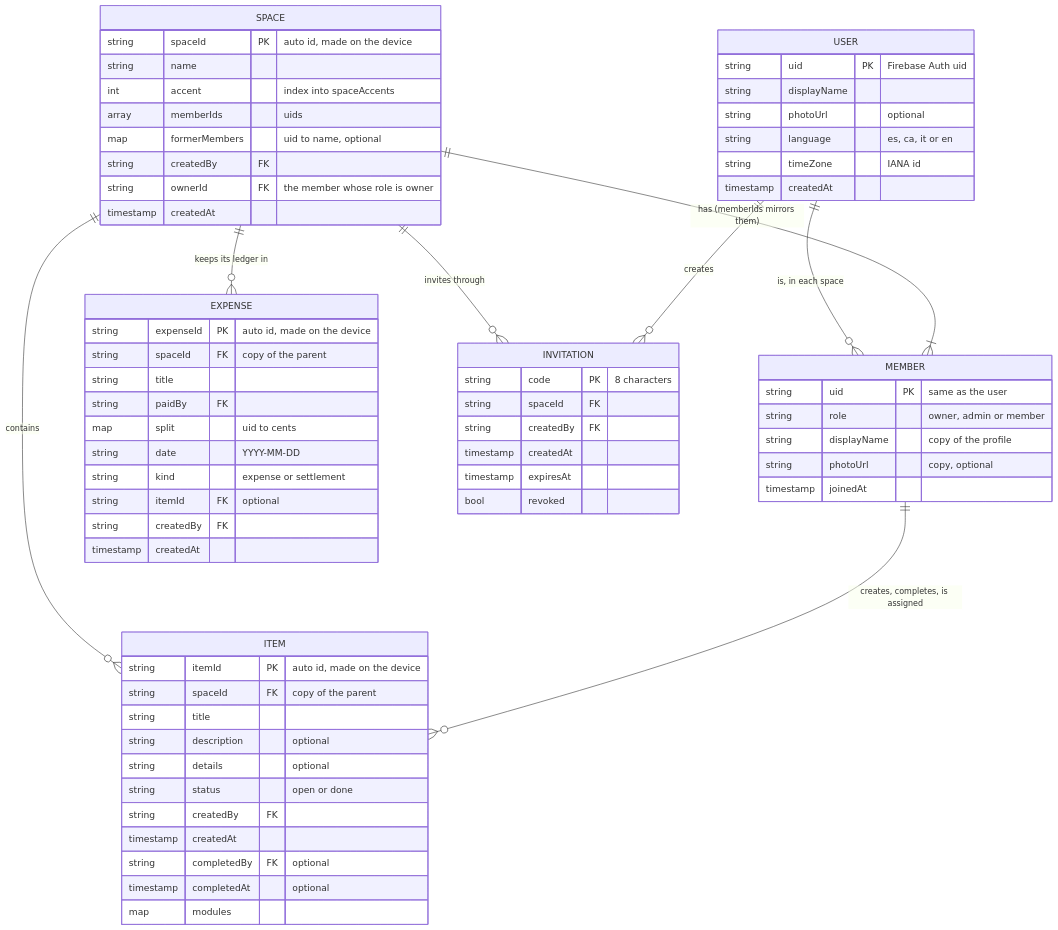
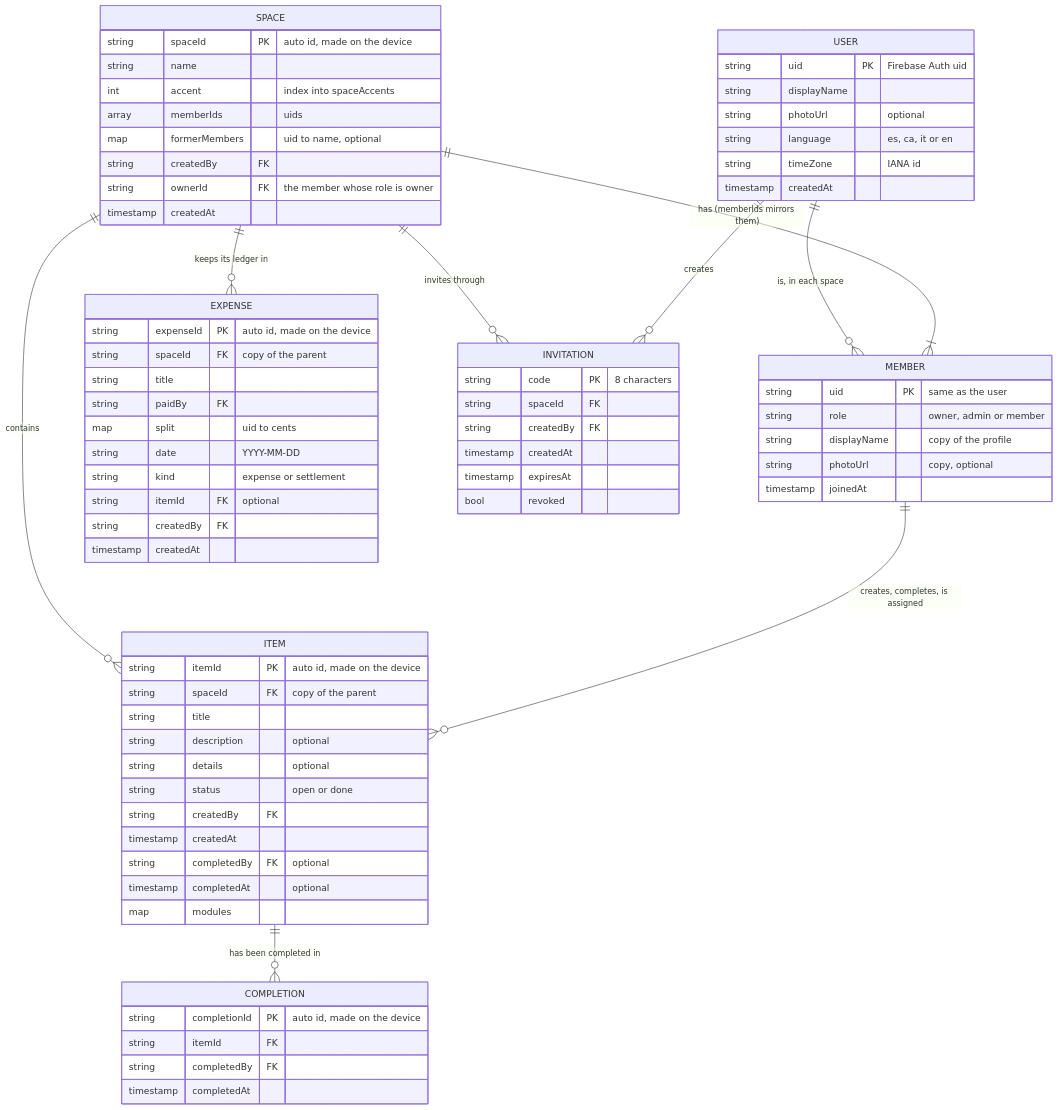
Before and after one commit to Erkko68/orbit: the diagram in docs/data/firestore-schema.md, drawn with Mermaid. The commit also changed other lines of this file and 55 other files, not shown here.

First line of the commit message:
feat(items): keep a history of who completed an item (#257)

````diff
--- a/docs/data/firestore-schema.md
+++ b/docs/data/firestore-schema.md
@@ -7,69 +7,76 @@
 ```mermaid
 erDiagram
     USER ||--o{ MEMBER : "is, in each space"
     SPACE ||--|{ MEMBER : "has (memberIds mirrors them)"
     SPACE ||--o{ ITEM : contains
     SPACE ||--o{ EXPENSE : "keeps its ledger in"
+    ITEM ||--o{ COMPLETION : "has been completed in"
     SPACE ||--o{ INVITATION : "invites through"
     USER ||--o{ INVITATION : creates
     MEMBER ||--o{ ITEM : "creates, completes, is assigned"
 
     USER {
         string uid PK "Firebase Auth uid"
         string displayName
         string photoUrl "optional"
         string language "es, ca, it or en"
         string timeZone "IANA id"
         timestamp createdAt
     }
     SPACE {
         string spaceId PK "auto id, made on the device"
         string name
         int accent "index into spaceAccents"
         array memberIds "uids"
         map formerMembers "uid to name, optional"
         string createdBy FK
         string ownerId FK "the member whose role is owner"
         timestamp createdAt
     }
     MEMBER {
         string uid PK "same as the user"
         string role "owner, admin or member"
         string displayName "copy of the profile"
         string photoUrl "copy, optional"
         timestamp joinedAt
     }
     ITEM {
         string itemId PK "auto id, made on the device"
         string spaceId FK "copy of the parent"
         string title
         string description "optional"
         string details "optional"
         string status "open or done"
         string createdBy FK
         timestamp createdAt
         string completedBy FK "optional"
         timestamp completedAt "optional"
         map modules
     }
+    COMPLETION {
+        string completionId PK "auto id, made on the device"
+        string itemId FK
+        string completedBy FK
+        timestamp completedAt
+    }
     EXPENSE {
         string expenseId PK "auto id, made on the device"
         string spaceId FK "copy of the parent"
         string title
         string paidBy FK
         map split "uid to cents"
         string date "YYYY-MM-DD"
         string kind "expense or settlement"
         string itemId FK "optional"
         string createdBy FK
         timestamp createdAt
     }
     INVITATION {
         string code PK "8 characters"
         string spaceId FK
         string createdBy FK
         timestamp createdAt
         timestamp expiresAt
         bool revoked
     }
 ```
````
